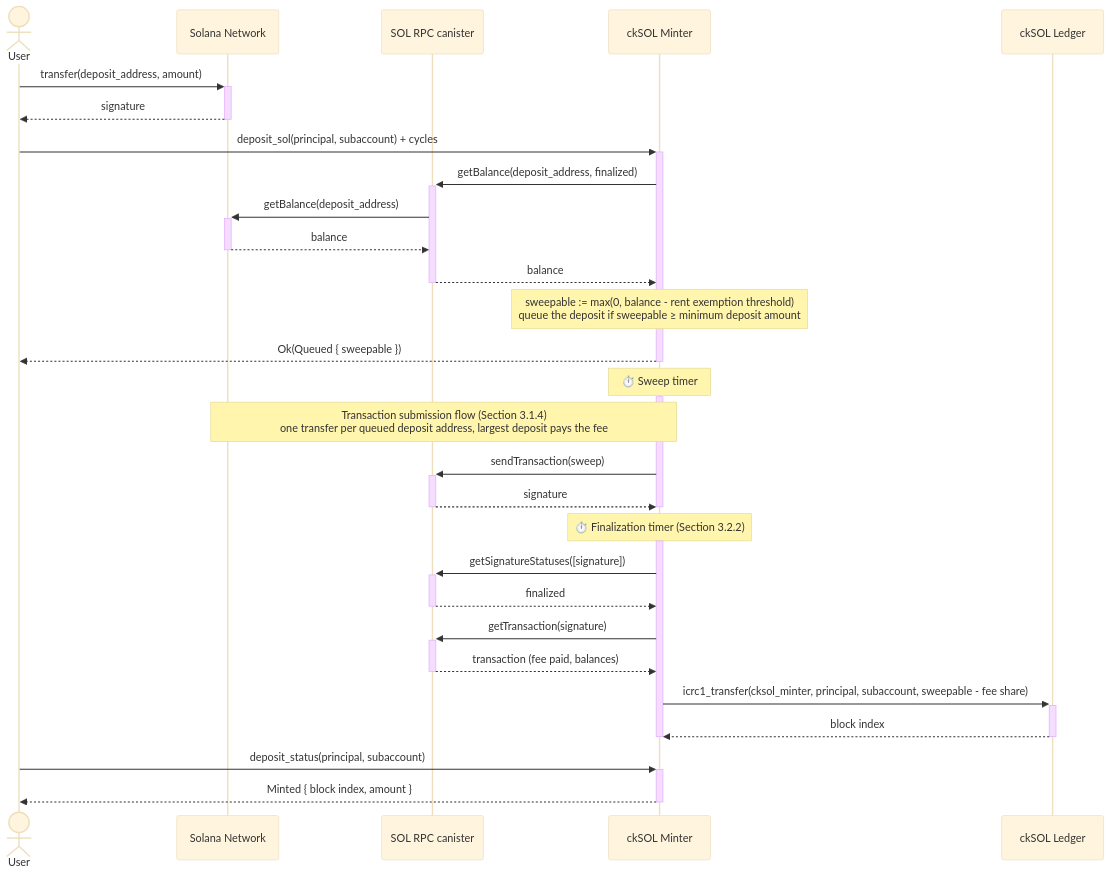
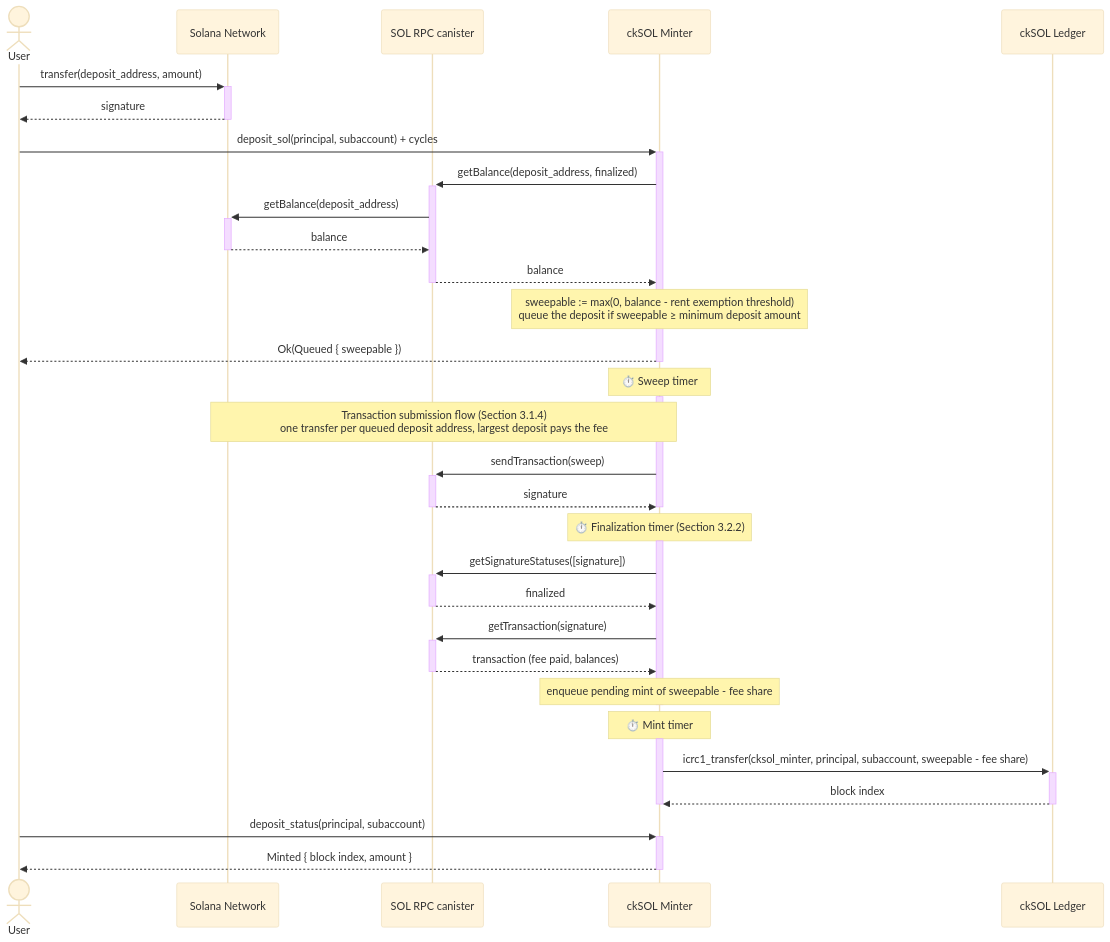
Before and after one commit to dfinity/cksol: the third of 7 diagrams in docs/design.md, drawn with Mermaid (base theme). The commit also changed other lines of this file, not shown here.

Commit message:
docs(design): enqueue pending mints after a finalized sweep and process them on a timer

````diff
--- a/docs/design.md
+++ b/docs/design.md
@@ -305,38 +305,43 @@
 ```mermaid
 sequenceDiagram
     actor User
     participant Solana as Solana Network
     participant RPC as SOL RPC canister
     participant Minter as ckSOL Minter
     participant Ledger as ckSOL Ledger
 
     User->>+Solana: transfer(deposit_address, amount)
     Solana-->>-User: signature
     User->>+Minter: deposit_sol(principal, subaccount) + cycles
     Minter->>+RPC: getBalance(deposit_address, finalized)
     RPC->>+Solana: getBalance(deposit_address)
     Solana-->>-RPC: balance
     RPC-->>-Minter: balance
     Note over Minter: sweepable := max(0, balance - rent exemption threshold)<br/>queue the deposit if sweepable ≥ minimum deposit amount
     Minter-->>-User: Ok(Queued { sweepable })
 
     Note over Minter: ⏱️ Sweep timer
     activate Minter
     Note over Solana,Minter: Transaction submission flow (Section 3.1.4)<br/>one transfer per queued deposit address, largest deposit pays the fee
     Minter->>+RPC: sendTransaction(sweep)
     RPC-->>-Minter: signature
     deactivate Minter
 
     Note over Minter: ⏱️ Finalization timer (Section 3.2.2)
     activate Minter
     Minter->>+RPC: getSignatureStatuses([signature])
     RPC-->>-Minter: finalized
     Minter->>+RPC: getTransaction(signature)
     RPC-->>-Minter: transaction (fee paid, balances)
+    Note over Minter: enqueue pending mint of sweepable - fee share
+    deactivate Minter
+
+    Note over Minter: ⏱️ Mint timer
+    activate Minter
     Minter->>+Ledger: icrc1_transfer(cksol_minter, principal, subaccount, sweepable - fee share)
     Ledger-->>-Minter: block index
     deactivate Minter
 
     User->>+Minter: deposit_status(principal, subaccount)
     Minter-->>-User: Minted { block index, amount }
 ```
````
